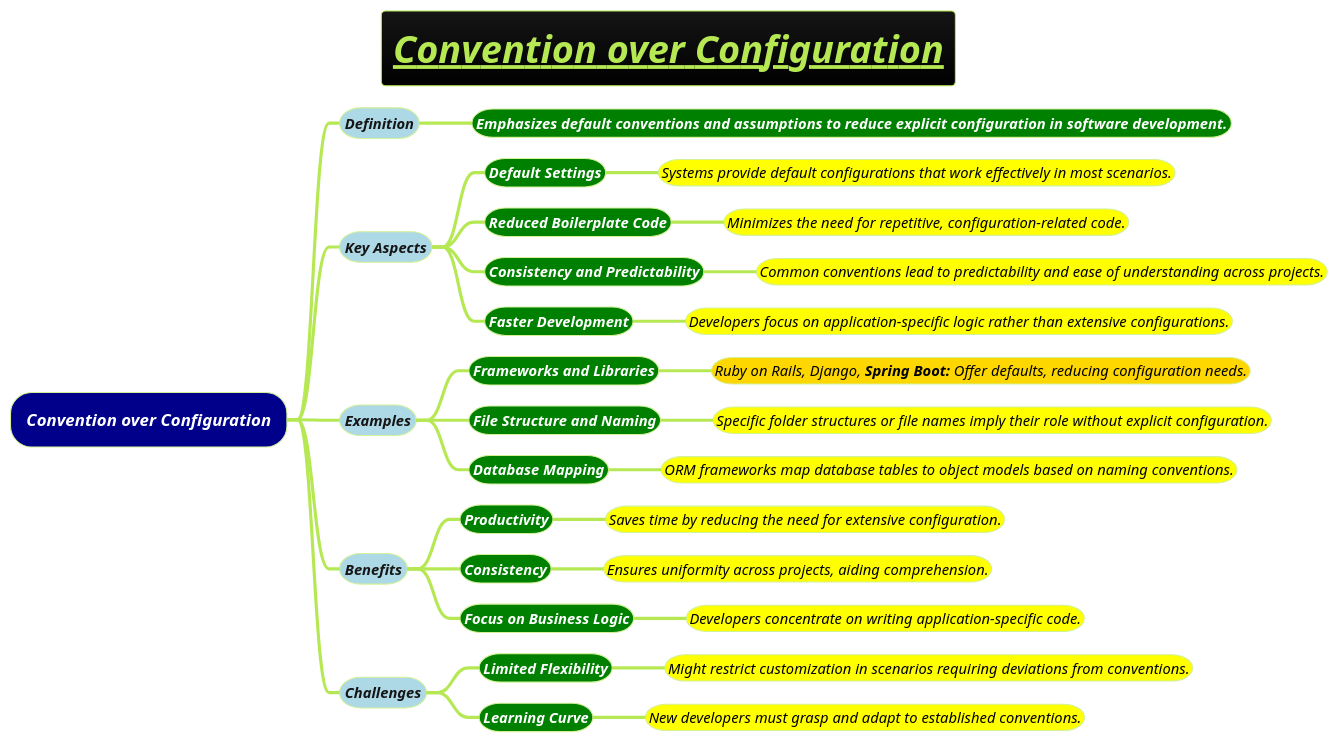
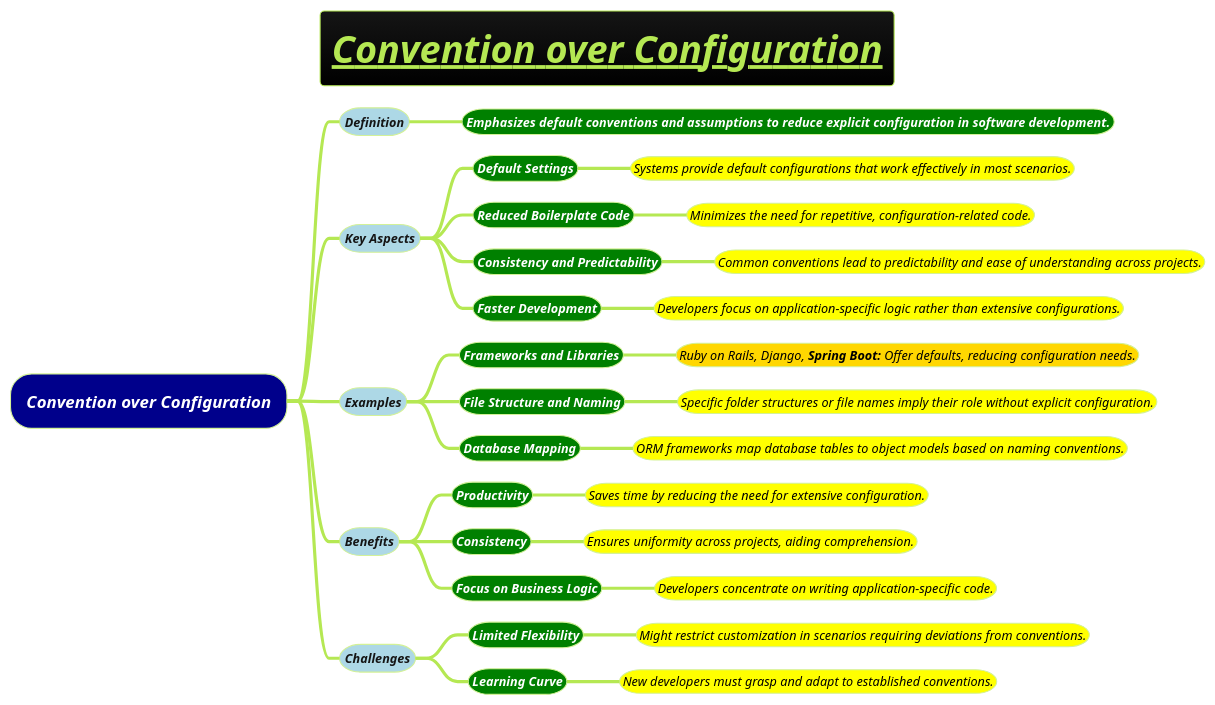
One commit to MehmoodHashmi/Documentation-as-Code-DaC changed the diagram in docs/3-programming-languages/Venkat-Subramaniam/Convention-over-Configuration.puml. Above: the diagram before and after it, drawn with PlantUML. The commit also changed 23 other files, not shown here.

```diff
--- a/docs/3-programming-languages/Venkat-Subramaniam/Convention-over-Configuration.puml
+++ b/docs/3-programming-languages/Venkat-Subramaniam/Convention-over-Configuration.puml
@@ -1,37 +1,37 @@
 @startmindmap
 title =<i><b><u>Convention over Configuration
 !theme hacker
 
 
 *[#darkblue] <i><color #white>Convention over Configuration
-**[#lightblue] <i><color #blac><size:14>Definition
-***[#green] <b><i><color #white><size:14>Emphasizes default conventions and assumptions to reduce explicit configuration in software development.
-**[#lightblue] <i><color #blac><size:14>Key Aspects
-***[#green] <b><i><color #white><size:14>Default Settings
-****[#yellow] <i><color #black><size:14>Systems provide default configurations that work effectively in most scenarios.
-***[#green] <b><i><color #white><size:14>Reduced Boilerplate Code
-****[#yellow] <i><color #black><size:14>Minimizes the need for repetitive, configuration-related code.
-***[#green] <b><i><color #white><size:14>Consistency and Predictability
-****[#yellow] <i><color #black><size:14>Common conventions lead to predictability and ease of understanding across projects.
-***[#green] <b><i><color #white><size:14>Faster Development
-****[#yellow] <i><color #black><size:14>Developers focus on application-specific logic rather than extensive configurations.
-**[#lightblue] <i><color #blac><size:14>Examples
-***[#green] <b><i><color #white><size:14>Frameworks and Libraries
-****[#gold] <i><color #black><size:14>Ruby on Rails, Django, **Spring Boot:** Offer defaults, reducing configuration needs.
-***[#green] <b><i><color #white><size:14>File Structure and Naming
-****[#yellow] <i><color #black><size:14>Specific folder structures or file names imply their role without explicit configuration.
-***[#green] <b><i><color #white><size:14>Database Mapping
-****[#yellow] <i><color #black><size:14>ORM frameworks map database tables to object models based on naming conventions.
-**[#lightblue] <i><color #blac><size:14>Benefits
-***[#green] <b><i><color #white><size:14>Productivity
-****[#yellow] <i><color #black><size:14>Saves time by reducing the need for extensive configuration.
-***[#green] <b><i><color #white><size:14>Consistency
-****[#yellow] <i><color #black><size:14>Ensures uniformity across projects, aiding comprehension.
-***[#green] <b><i><color #white><size:14>Focus on Business Logic
-****[#yellow] <i><color #black><size:14>Developers concentrate on writing application-specific code.
-**[#lightblue] <i><color #blac><size:14>Challenges
-***[#green] <b><i><color #white><size:14>Limited Flexibility
-****[#yellow] <i><color #black><size:14>Might restrict customization in scenarios requiring deviations from conventions.
-***[#green] <b><i><color #white><size:14>Learning Curve
-****[#yellow] <i><color #black><size:14>New developers must grasp and adapt to established conventions.
+**[#lightblue] <i><color #blac><size:12>Definition
+***[#green] <b><i><color #white><size:12>Emphasizes default conventions and assumptions to reduce explicit configuration in software development.
+**[#lightblue] <i><color #blac><size:12>Key Aspects
+***[#green] <b><i><color #white><size:12>Default Settings
+****[#yellow] <i><color #black><size:12>Systems provide default configurations that work effectively in most scenarios.
+***[#green] <b><i><color #white><size:12>Reduced Boilerplate Code
+****[#yellow] <i><color #black><size:12>Minimizes the need for repetitive, configuration-related code.
+***[#green] <b><i><color #white><size:12>Consistency and Predictability
+****[#yellow] <i><color #black><size:12>Common conventions lead to predictability and ease of understanding across projects.
+***[#green] <b><i><color #white><size:12>Faster Development
+****[#yellow] <i><color #black><size:12>Developers focus on application-specific logic rather than extensive configurations.
+**[#lightblue] <i><color #blac><size:12>Examples
+***[#green] <b><i><color #white><size:12>Frameworks and Libraries
+****[#gold] <i><color #black><size:12>Ruby on Rails, Django, **Spring Boot:** Offer defaults, reducing configuration needs.
+***[#green] <b><i><color #white><size:12>File Structure and Naming
+****[#yellow] <i><color #black><size:12>Specific folder structures or file names imply their role without explicit configuration.
+***[#green] <b><i><color #white><size:12>Database Mapping
+****[#yellow] <i><color #black><size:12>ORM frameworks map database tables to object models based on naming conventions.
+**[#lightblue] <i><color #blac><size:12>Benefits
+***[#green] <b><i><color #white><size:12>Productivity
+****[#yellow] <i><color #black><size:12>Saves time by reducing the need for extensive configuration.
+***[#green] <b><i><color #white><size:12>Consistency
+****[#yellow] <i><color #black><size:12>Ensures uniformity across projects, aiding comprehension.
+***[#green] <b><i><color #white><size:12>Focus on Business Logic
+****[#yellow] <i><color #black><size:12>Developers concentrate on writing application-specific code.
+**[#lightblue] <i><color #blac><size:12>Challenges
+***[#green] <b><i><color #white><size:12>Limited Flexibility
+****[#yellow] <i><color #black><size:12>Might restrict customization in scenarios requiring deviations from conventions.
+***[#green] <b><i><color #white><size:12>Learning Curve
+****[#yellow] <i><color #black><size:12>New developers must grasp and adapt to established conventions.
 @endmindmap
```
